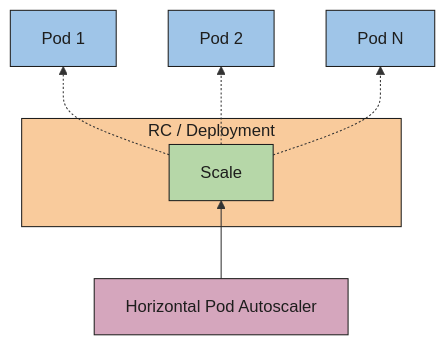
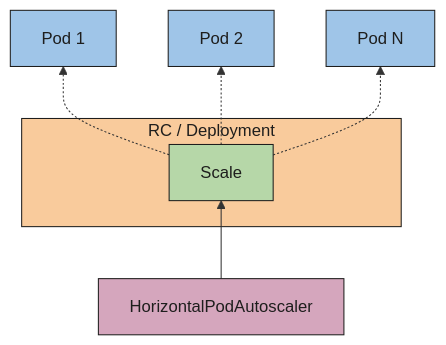
Before and after one commit to kubernetes/website: the diagram in content/uk/docs/tasks/run-application/horizontal-pod-autoscale.md, drawn with Mermaid. The commit also changed other lines of this file and 13 other files, not shown here.

```diff
--- a/content/uk/docs/tasks/run-application/horizontal-pod-autoscale.md
+++ b/content/uk/docs/tasks/run-application/horizontal-pod-autoscale.md
@@ -28,22 +28,22 @@
 {{< mermaid >}}
 graph BT
 
-hpa[Horizontal Pod Autoscaler] --> scale[Scale]
+hpa[HorizontalPodAutoscaler] --> scale[Scale]
 
 subgraph rc[RC / Deployment]
     scale
 end
 
 scale -.-> pod1[Pod 1]
 scale -.-> pod2[Pod 2]
 scale -.-> pod3[Pod N]
 
 classDef hpa fill:#D5A6BD,stroke:#1E1E1D,stroke-width:1px,color:#1E1E1D;
 classDef rc fill:#F9CB9C,stroke:#1E1E1D,stroke-width:1px,color:#1E1E1D;
 classDef scale fill:#B6D7A8,stroke:#1E1E1D,stroke-width:1px,color:#1E1E1D;
 classDef pod fill:#9FC5E8,stroke:#1E1E1D,stroke-width:1px,color:#1E1E1D;
 class hpa hpa;
 class rc rc;
 class scale scale;
 class pod1,pod2,pod3 pod
 {{< /mermaid >}}
```
